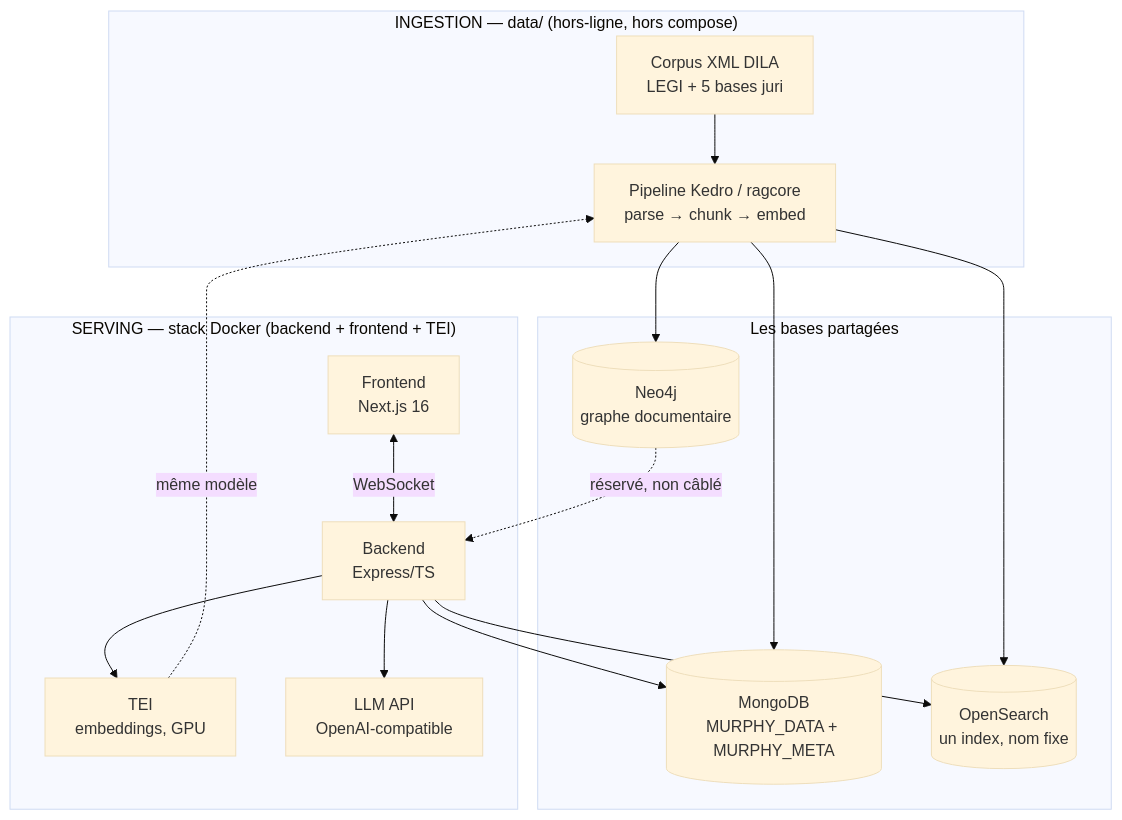
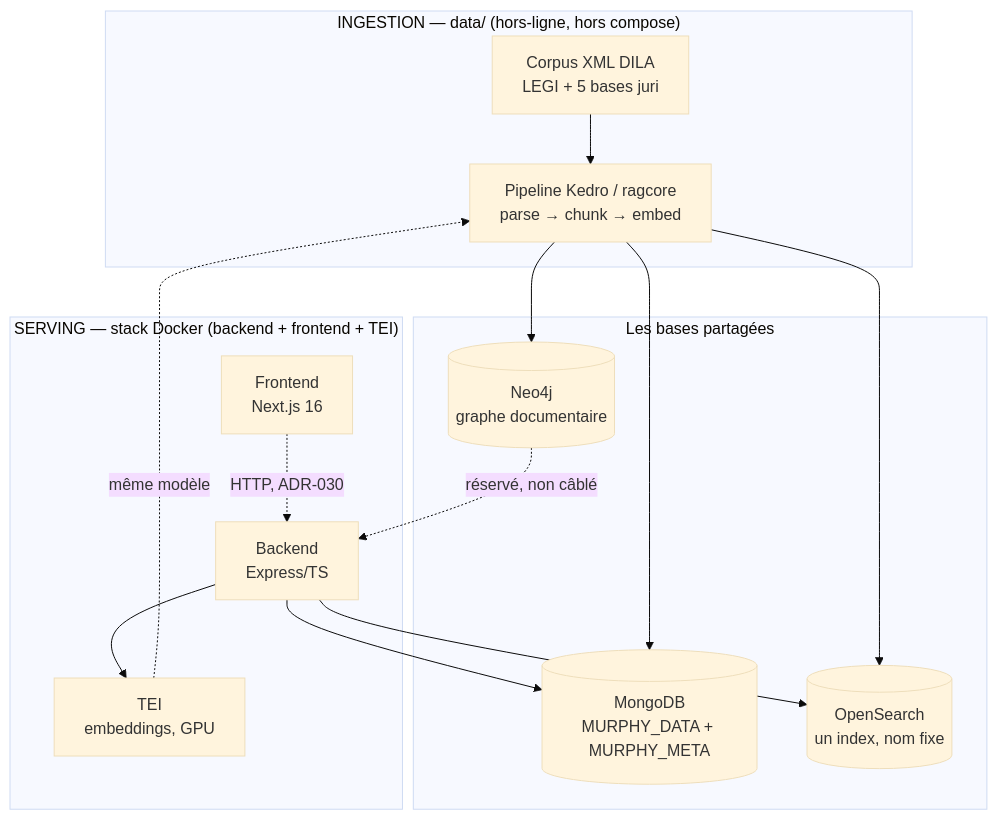
Before and after one commit to nmoutou/murphy: the diagram in docs/technical/ARCHITECTURE.md, drawn with Mermaid (base theme). The commit also changed other lines of this file and 8 other files, not shown here.

Commit message:
docs: le backend sert une API de recherche

````diff
--- a/docs/technical/ARCHITECTURE.md
+++ b/docs/technical/ARCHITECTURE.md
@@ -18,23 +19,22 @@
 ```mermaid
 flowchart TB
     subgraph ingestion ["INGESTION — data/ (hors-ligne, hors compose)"]
         XML[Corpus XML DILA<br>LEGI + 5 bases juri] --> Kedro[Pipeline Kedro / ragcore<br>parse → chunk → embed]
     end
 
     subgraph stores ["Les bases partagées"]
         Mongo[(MongoDB<br>MURPHY_DATA + MURPHY_META)]
         OpenSearch[(OpenSearch<br>un index, nom fixe)]
         Neo4j[(Neo4j<br>graphe documentaire)]
     end
 
     subgraph serving ["SERVING — stack Docker (backend + frontend + TEI)"]
-        Front[Frontend<br>Next.js 16] <-- WebSocket --> Back[Backend<br>Express/TS]
+        Front[Frontend<br>Next.js 16] -.->|HTTP, ADR-030| Back[Backend<br>Express/TS]
         Back --> TEI[TEI<br>embeddings, GPU]
-        Back --> LLM[LLM API<br>OpenAI-compatible]
     end
 
     Kedro --> Mongo & OpenSearch & Neo4j
     TEI -.->|même modèle| Kedro
     Back --> Mongo & OpenSearch
     Neo4j -.->|réservé, non câblé| Back
 ```
````
